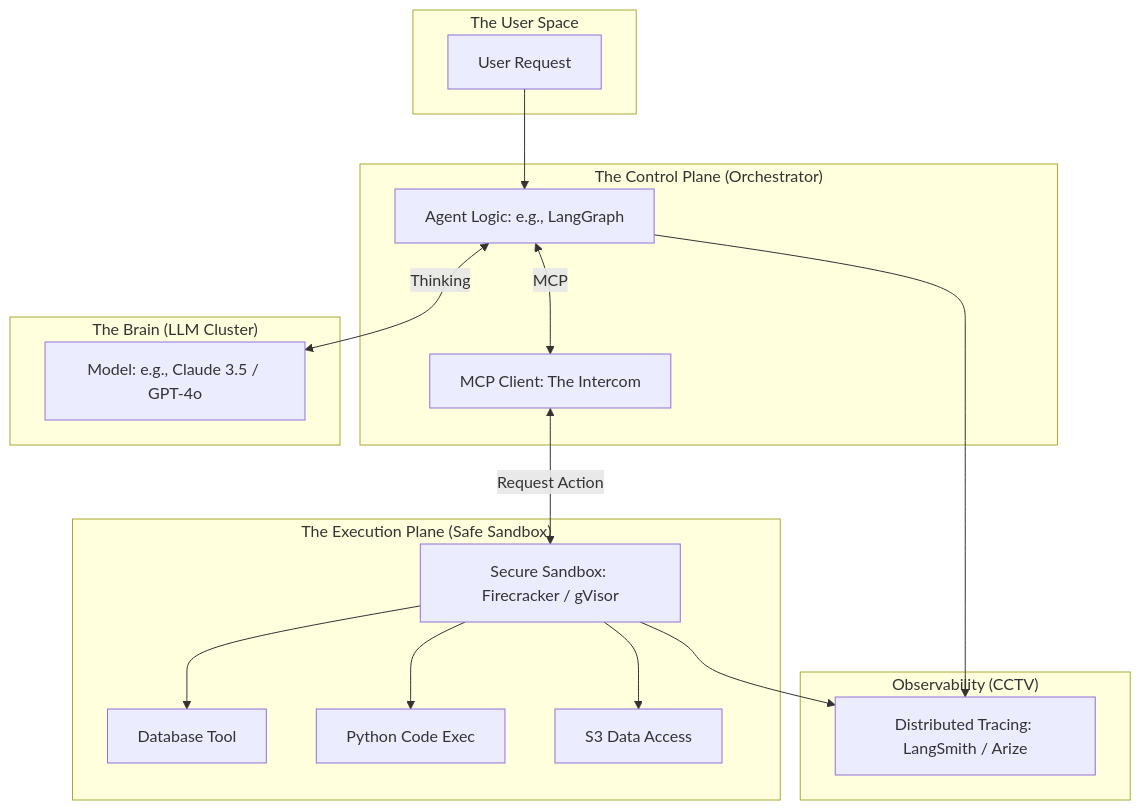
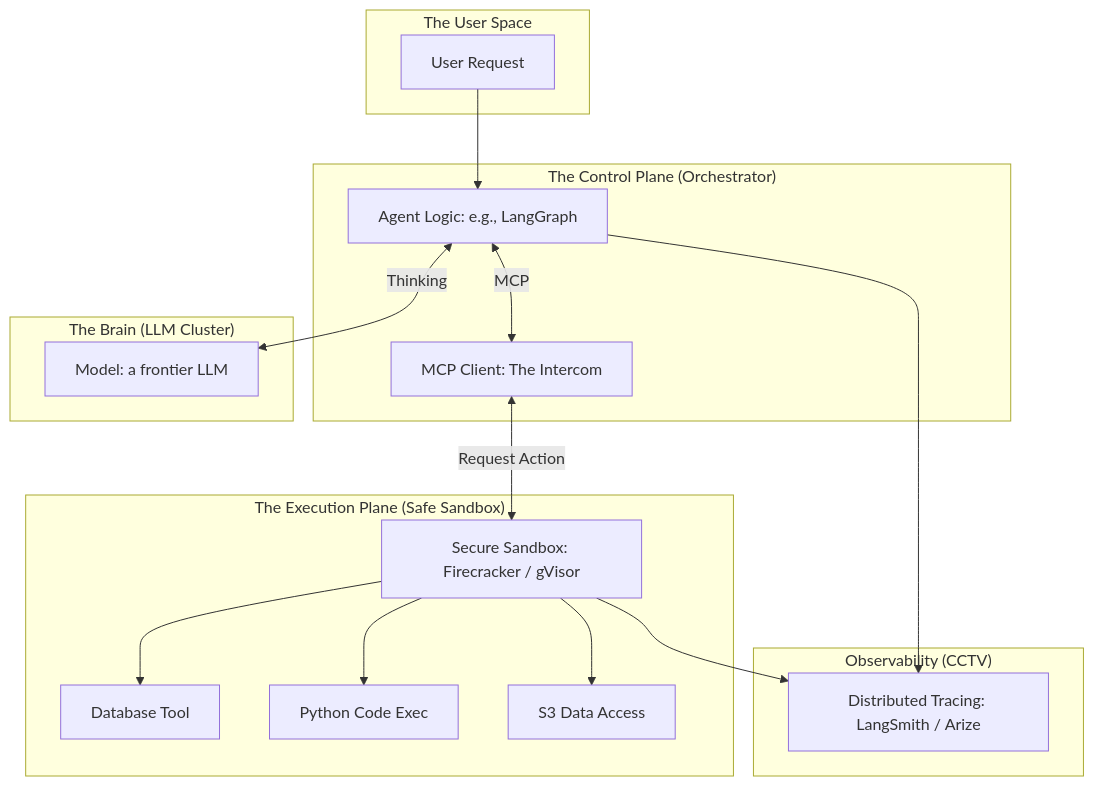
The second of 2 diagrams in src/data/blog/mlops/beyond-inference-agentic-mlops-mcp.md (gopikrishtummala/gopikrishtummala.github.io), drawn with Mermaid before and after one commit. The commit also changed other lines of this file and 7 other files, not shown here.

````diff
--- a/src/data/blog/mlops/beyond-inference-agentic-mlops-mcp.md
+++ b/src/data/blog/mlops/beyond-inference-agentic-mlops-mcp.md
@@ -76,37 +109,37 @@
 ```mermaid
 graph TD
     subgraph "The User Space"
         User[User Request]
     end
 
     subgraph "The Control Plane (Orchestrator)"
         Agent[Agent Logic: e.g., LangGraph]
         MCP[MCP Client: The Intercom]
     end
 
     subgraph "The Brain (LLM Cluster)"
-        LLM[Model: e.g., Claude 3.5 / GPT-4o]
+        LLM[Model: a frontier LLM]
     end
 
     subgraph "The Execution Plane (Safe Sandbox)"
         SB[Secure Sandbox: Firecracker / gVisor]
         Tool1[Database Tool]
         Tool2[Python Code Exec]
         Tool3[S3 Data Access]
     end
 
     subgraph "Observability (CCTV)"
         Trace[Distributed Tracing: LangSmith / Arize]
     end
 
     User --> Agent
     Agent <-->|MCP| MCP
     Agent <-->|Thinking| LLM
     MCP <-->|Request Action| SB
     SB --> Tool1
     SB --> Tool2
     SB --> Tool3
     
     Agent --> Trace
     SB --> Trace
 ```
````
